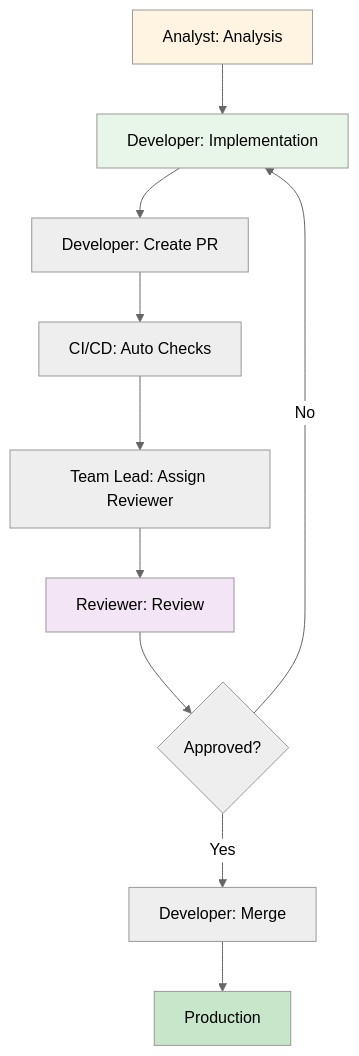
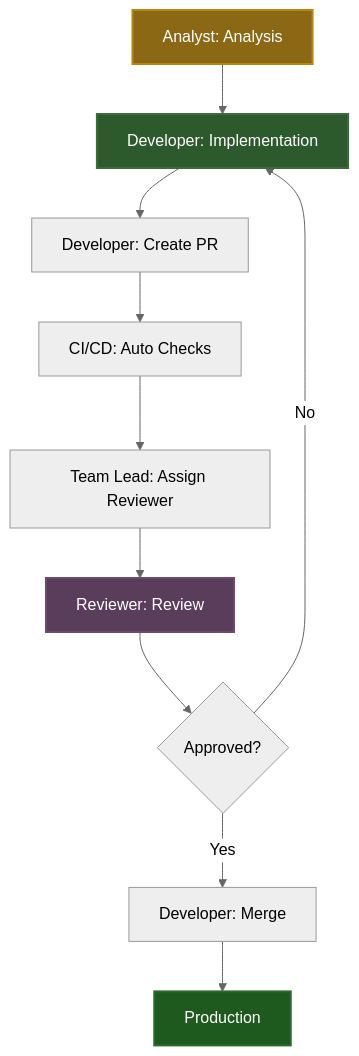
Before and after one commit to sovavibe/start: the third of 3 diagrams in docs/ROLES.md, drawn with Mermaid (neutral theme). The commit also changed other lines of this file and 37 other files, not shown here.

````diff
--- a/docs/ROLES.md
+++ b/docs/ROLES.md
@@ -226,17 +226,17 @@
 ```mermaid
 graph TD
     A[Analyst: Analysis] --> B[Developer: Implementation]
     B --> C[Developer: Create PR]
     C --> D[CI/CD: Auto Checks]
     D --> E[Team Lead: Assign Reviewer]
     E --> F[Reviewer: Review]
     F --> G{Approved?}
     G -->|No| B
     G -->|Yes| H[Developer: Merge]
     H --> I[Production]
     
-    style A fill:#fff4e1
-    style B fill:#e8f5e9
-    style F fill:#f3e5f5
-    style I fill:#c8e6c9
+    style A fill:#8b6914,stroke:#b8860b,stroke-width:2px,color:#fff
+    style B fill:#2d5a2d,stroke:#3d6b3d,stroke-width:2px,color:#fff
+    style F fill:#5a3d5a,stroke:#6b4d6b,stroke-width:2px,color:#fff
+    style I fill:#1e5a1e,stroke:#2d6b2d,stroke-width:2px,color:#fff
 ```
````
